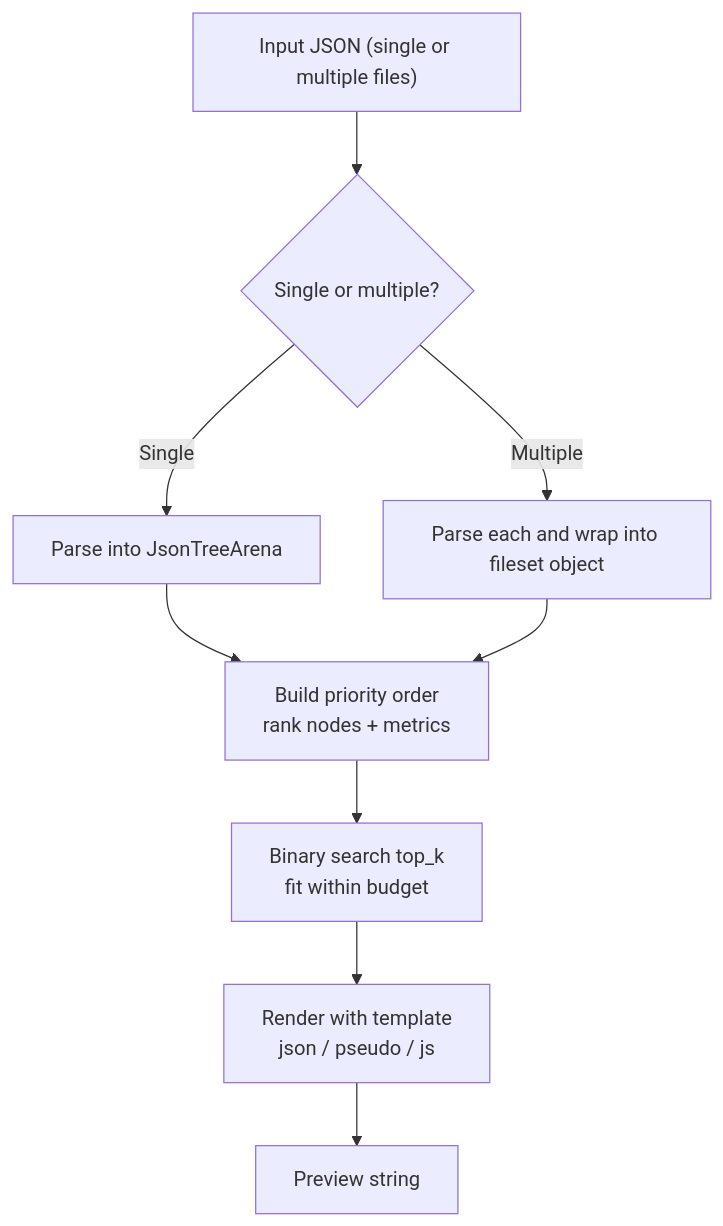
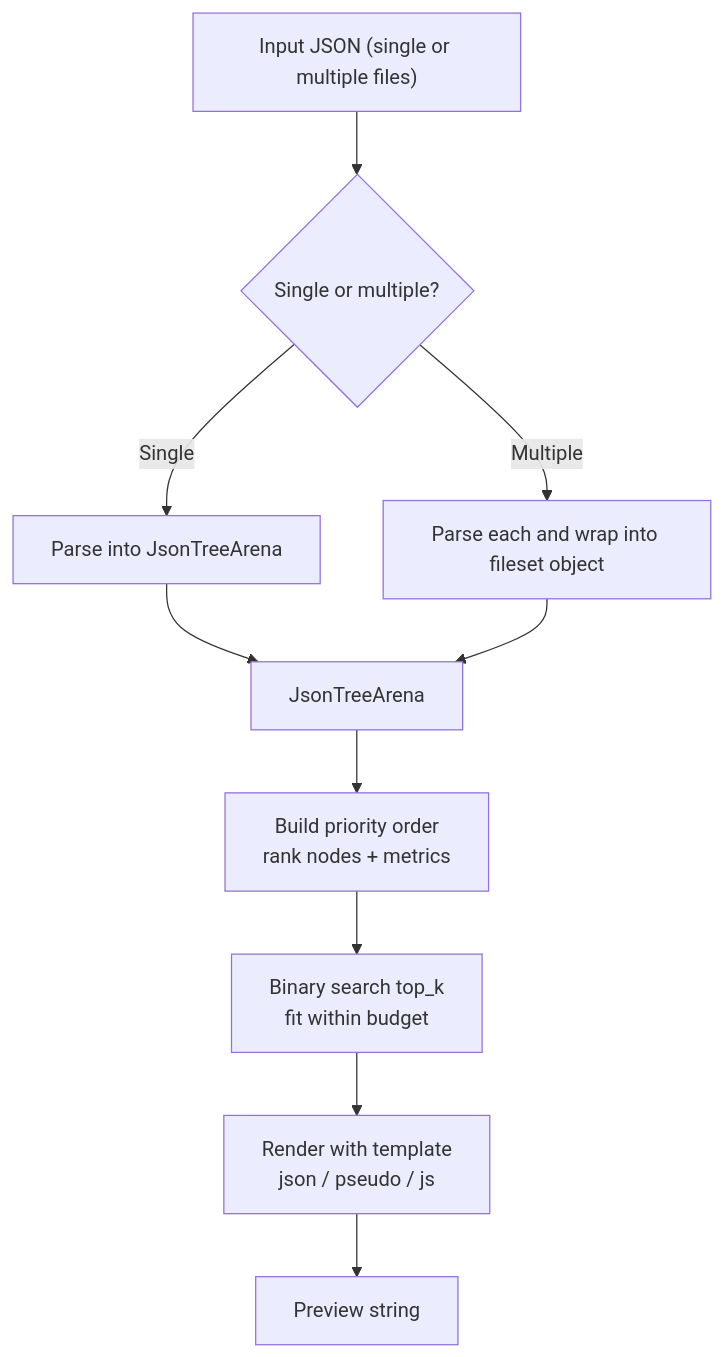
One commit to kantord/headson changed the diagram in README.md. Above: the diagram before and after it, drawn with Mermaid.

````diff
--- a/README.md
+++ b/README.md
@@ -153,11 +153,12 @@
 ```mermaid
 flowchart TD
     A["Input JSON (single or multiple files)"] --> B{"Single or multiple?"}
     B -- Single --> C["Parse into JsonTreeArena"]
     B -- Multiple --> D["Parse each and wrap into fileset object"]
-    C --> E["Build priority order<br/>rank nodes + metrics"]
-    D --> E
+    C --> X["JsonTreeArena"]
+    D --> X
+    X --> E["Build priority order<br/>rank nodes + metrics"]
     E --> F["Binary search top_k<br/>fit within budget"]
     F --> G["Render with template<br/>json / pseudo / js"]
     G --> H["Preview string"]
 ```
````
